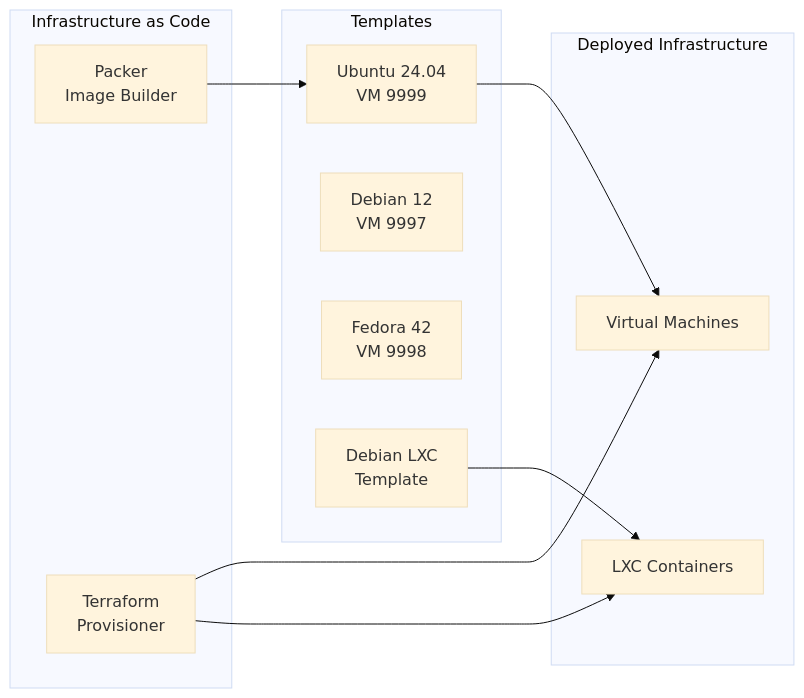
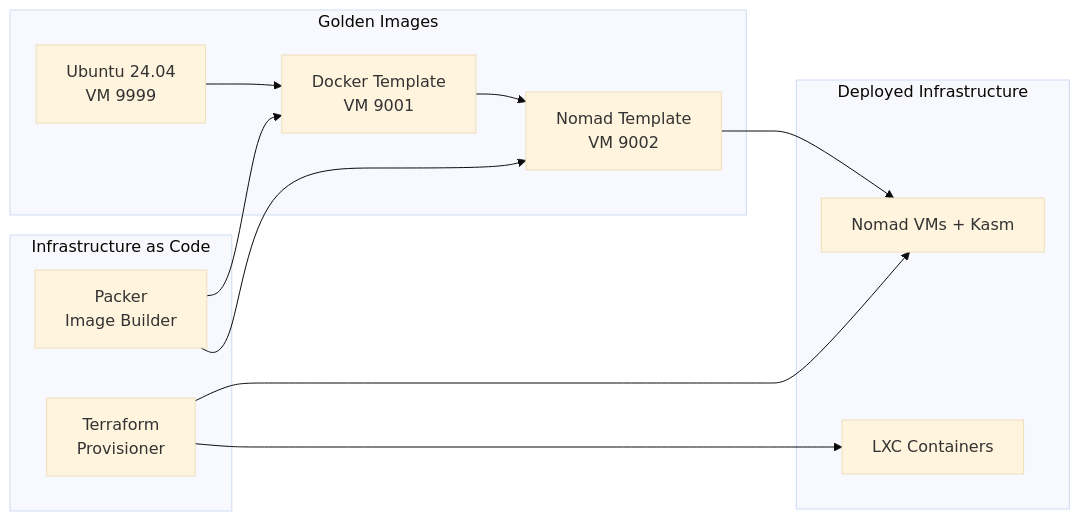
One commit to jknyght9/proxmox-lab changed the second of 2 diagrams in docs/architecture/overview.md. Above: the diagram before and after it, drawn with Mermaid (base theme). The commit also changed other lines of this file and 33 other files, not shown here.

First line of the commit message:
Rewrite documentation to reflect current Nomad-based architecture

````diff
--- a/docs/architecture/overview.md
+++ b/docs/architecture/overview.md
@@ -58,25 +89,26 @@
 ```mermaid
 graph LR
     subgraph iac["Infrastructure as Code"]
         PACKER[Packer<br/>Image Builder]
         TERRAFORM[Terraform<br/>Provisioner]
     end
 
-    subgraph templates["Templates"]
+    subgraph templates["Golden Images"]
         UBUNTU[Ubuntu 24.04<br/>VM 9999]
-        DEBIAN[Debian 12<br/>VM 9997]
-        FEDORA[Fedora 42<br/>VM 9998]
-        LXC_TPL[Debian LXC<br/>Template]
+        DOCKER_TPL[Docker Template<br/>VM 9001]
+        NOMAD_TPL[Nomad Template<br/>VM 9002]
     end
 
     subgraph deployed["Deployed Infrastructure"]
-        VMS[Virtual Machines]
+        VMS[Nomad VMs + Kasm]
         CONTAINERS[LXC Containers]
     end
 
-    PACKER --> UBUNTU
+    PACKER --> DOCKER_TPL
+    PACKER --> NOMAD_TPL
+    UBUNTU --> DOCKER_TPL
+    DOCKER_TPL --> NOMAD_TPL
     TERRAFORM --> VMS
     TERRAFORM --> CONTAINERS
-    UBUNTU --> VMS
-    LXC_TPL --> CONTAINERS
+    NOMAD_TPL --> VMS
 ```
````
